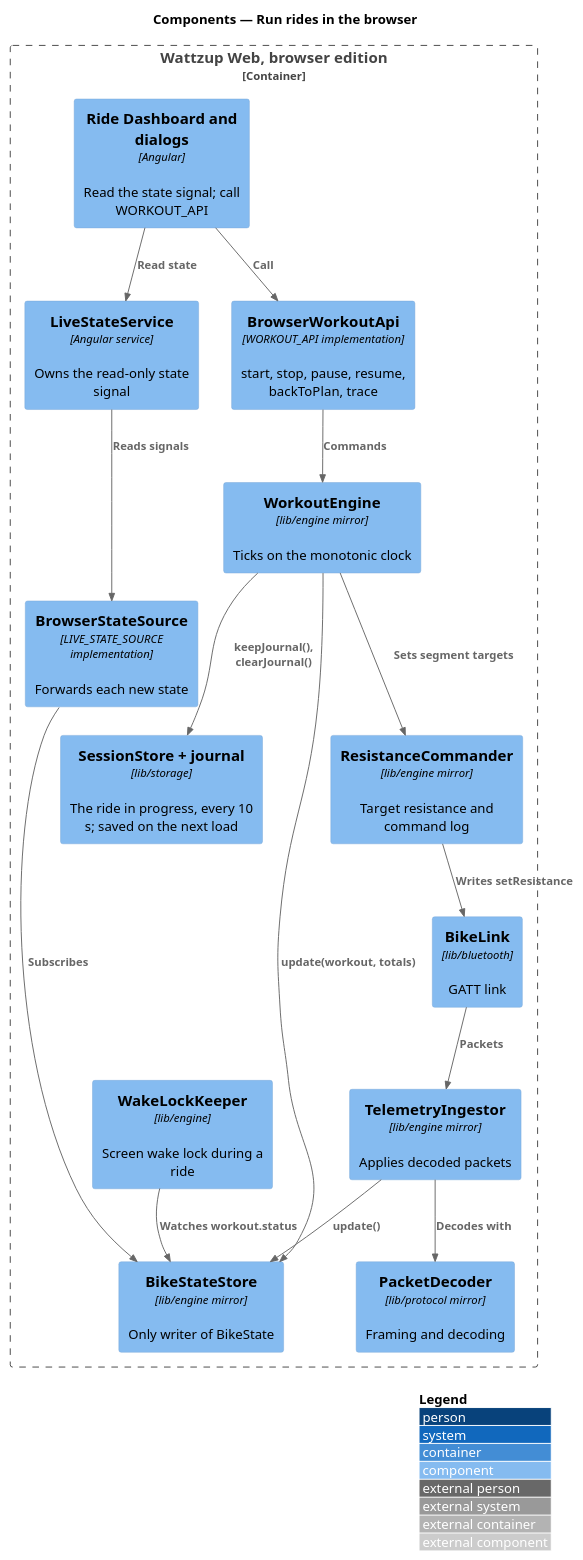
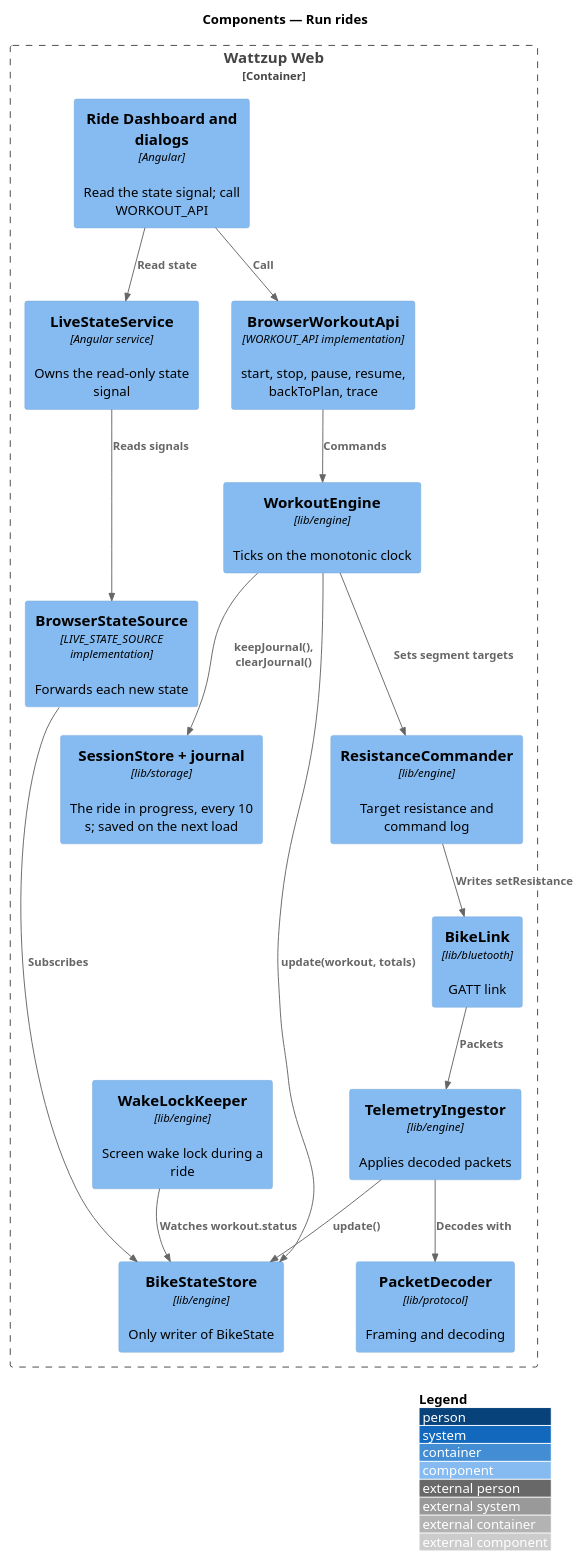
Before and after one commit to QuinntyneBrown/ride-one: the diagram in docs/detailed-designs/live-state/run-rides/diagrams/c4-component.puml, drawn with PlantUML. The commit also changed 547 other files, not shown here.

```diff
--- a/docs/detailed-designs/live-state/run-rides/diagrams/c4-component.puml
+++ b/docs/detailed-designs/live-state/run-rides/diagrams/c4-component.puml
@@ -1,33 +1,33 @@
 @startuml
 !include <C4/C4_Component>
 LAYOUT_WITH_LEGEND()
-title Components — Run rides in the browser
+title Components — Run rides
 
-Container_Boundary(app, "Wattzup Web, browser edition") {
+Container_Boundary(app, "Wattzup Web") {
   Component(pages, "Ride Dashboard and dialogs", "Angular", "Read the state signal; call WORKOUT_API")
   Component(live, "LiveStateService", "Angular service", "Owns the read-only state signal")
   Component(wapi, "BrowserWorkoutApi", "WORKOUT_API implementation", "start, stop, pause, resume, backToPlan, trace")
   Component(src, "BrowserStateSource", "LIVE_STATE_SOURCE implementation", "Forwards each new state")
   Component(link, "BikeLink", "lib/bluetooth", "GATT link")
-  Component(decoder, "PacketDecoder", "lib/protocol mirror", "Framing and decoding")
-  Component(ingest, "TelemetryIngestor", "lib/engine mirror", "Applies decoded packets")
-  Component(store, "BikeStateStore", "lib/engine mirror", "Only writer of BikeState")
-  Component(engine, "WorkoutEngine", "lib/engine mirror", "Ticks on the monotonic clock")
-  Component(cmd, "ResistanceCommander", "lib/engine mirror", "Target resistance and command log")
+  Component(decoder, "PacketDecoder", "lib/protocol", "Framing and decoding")
+  Component(ingest, "TelemetryIngestor", "lib/engine", "Applies decoded packets")
+  Component(store, "BikeStateStore", "lib/engine", "Only writer of BikeState")
+  Component(engine, "WorkoutEngine", "lib/engine", "Ticks on the monotonic clock")
+  Component(cmd, "ResistanceCommander", "lib/engine", "Target resistance and command log")
   Component(journal, "SessionStore + journal", "lib/storage", "The ride in progress, every 10 s; saved on the next load")
   Component(wake, "WakeLockKeeper", "lib/engine", "Screen wake lock during a ride")
 }
 Rel(pages, live, "Read state")
 Rel(pages, wapi, "Call")
 Rel(live, src, "Reads signals")
 Rel(src, store, "Subscribes")
 Rel(link, ingest, "Packets")
 Rel(ingest, decoder, "Decodes with")
 Rel(ingest, store, "update()")
 Rel(wapi, engine, "Commands")
 Rel(engine, cmd, "Sets segment targets")
 Rel(cmd, link, "Writes setResistance")
 Rel(engine, store, "update(workout, totals)")
 Rel(engine, journal, "keepJournal(), clearJournal()")
 Rel(wake, store, "Watches workout.status")
 @enduml
```
